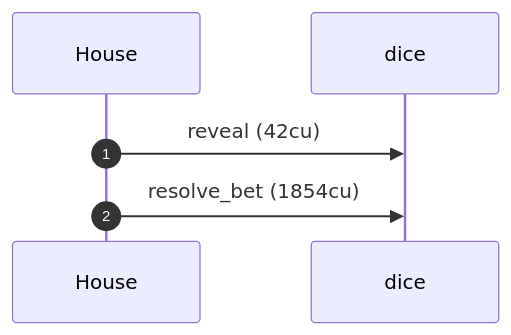
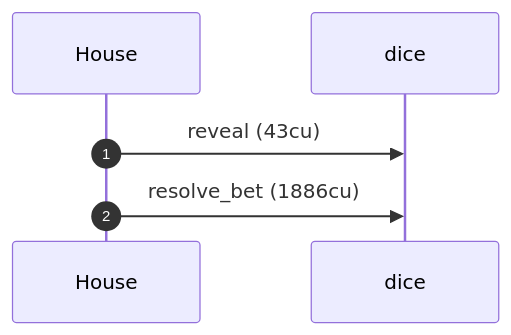
Before and after one commit to cds-turbin3/builder-05-no-fair-dice: the first of 3 diagrams in dogfood/report/losing-roll.md, drawn with Mermaid. The commit also changed other lines of this file and 10 other files, not shown here.

````diff
--- a/dogfood/report/losing-roll.md
+++ b/dogfood/report/losing-roll.md
@@ -19,8 +19,8 @@
 ```mermaid
 sequenceDiagram
     autonumber
     participant House
     participant dice
-    House ->> dice: reveal (42cu)
-    House ->> dice: resolve_bet (1854cu)
+    House ->> dice: reveal (43cu)
+    House ->> dice: resolve_bet (1886cu)
 ```
````
